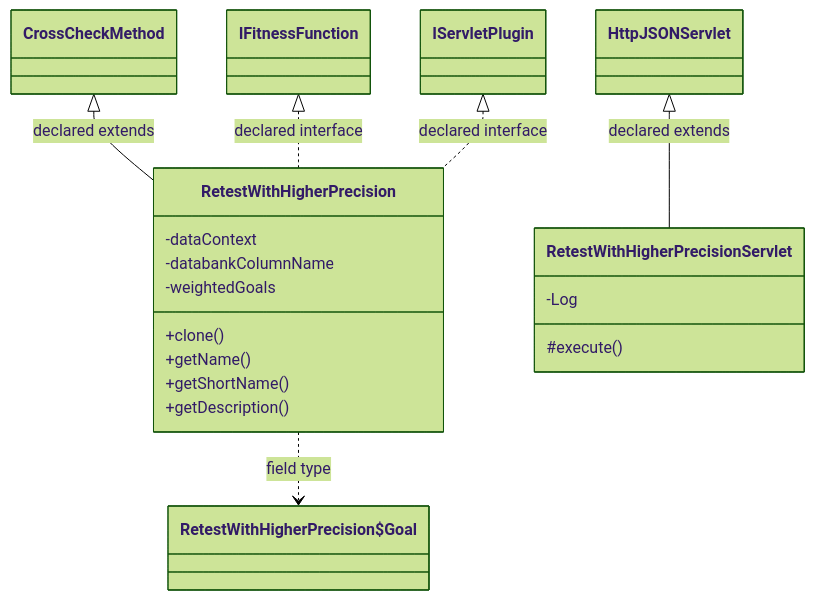
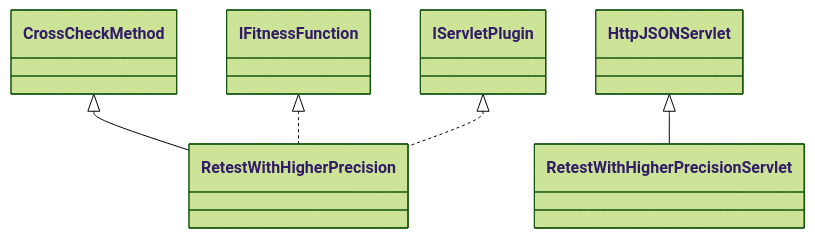
The diagram in docs/sqx/Shared/CrossCheckRetestWithHigherPrecision.md (haruperi/HaruQuantAI), drawn with Mermaid (forest theme) before and after one commit. The commit also changed other lines of this file and 1688 other files, not shown here.

````diff
--- a/docs/sqx/Shared/CrossCheckRetestWithHigherPrecision.md
+++ b/docs/sqx/Shared/CrossCheckRetestWithHigherPrecision.md
@@ -30,26 +26,13 @@
 ```mermaid
 classDiagram
-    class C51d6a20ea3f5["RetestWithHigherPrecision"] {
-        -dataContext
-        -databankColumnName
-        -weightedGoals
-        +clone()
-        +getName()
-        +getShortName()
-        +getDescription()
-    }
-    class Cb9f959818572["RetestWithHigherPrecisionServlet"] {
-        -Log
-        #execute()
-    }
-    class Ce6762c624ed7["RetestWithHigherPrecision$Goal"]
-    class C48ebe6aea0c9["CrossCheckMethod"]
-    class C76653c322567["IFitnessFunction"]
-    class C249b5c671b1a["IServletPlugin"]
-    class C8900f90ae594["HttpJSONServlet"]
-    C48ebe6aea0c9 <|-- C51d6a20ea3f5 : declared extends
-    C76653c322567 <|.. C51d6a20ea3f5 : declared interface
-    C249b5c671b1a <|.. C51d6a20ea3f5 : declared interface
-    C51d6a20ea3f5 ..> Ce6762c624ed7 : field type
-    C8900f90ae594 <|-- Cb9f959818572 : declared extends
+    class C0["RetestWithHigherPrecision"]
+    class C1["RetestWithHigherPrecisionServlet"]
+    class E0["CrossCheckMethod"]
+    E0 <|-- C0
+    class E1["IFitnessFunction"]
+    E1 <|.. C0
+    class E2["IServletPlugin"]
+    E2 <|.. C0
+    class E3["HttpJSONServlet"]
+    E3 <|-- C1
 ```
````
